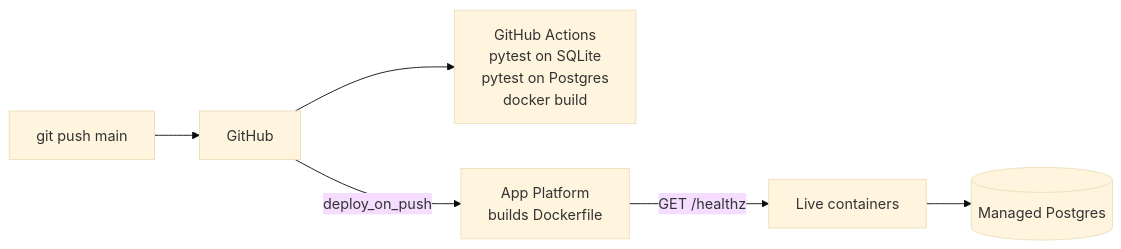
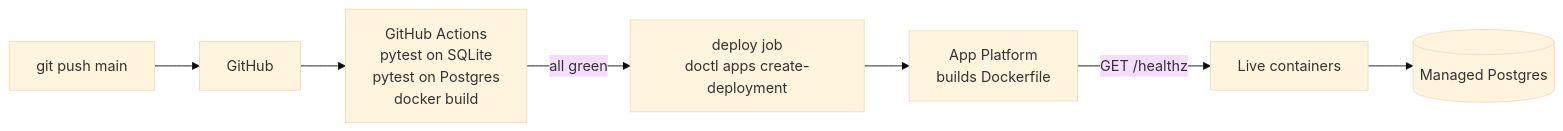
The second of 2 diagrams in README.md (JulianMcOmie/url-shortener), drawn with Mermaid (base theme) before and after one commit. The commit also changed other lines of this file and 4 other files, not shown here.

````diff
--- a/README.md
+++ b/README.md
@@ -129,8 +129,9 @@
 ```mermaid
 flowchart LR
     Dev[git push main] --> GH[GitHub]
     GH --> CI["GitHub Actions<br/>pytest on SQLite<br/>pytest on Postgres<br/>docker build"]
-    GH -- "deploy_on_push" --> AP["App Platform<br/>builds Dockerfile"]
+    CI -- "all green" --> DEP["deploy job<br/>doctl apps create-deployment"]
+    DEP --> AP["App Platform<br/>builds Dockerfile"]
     AP -- "GET /healthz" --> Live[Live containers]
     Live --> PG[(Managed Postgres)]
 ```
````
